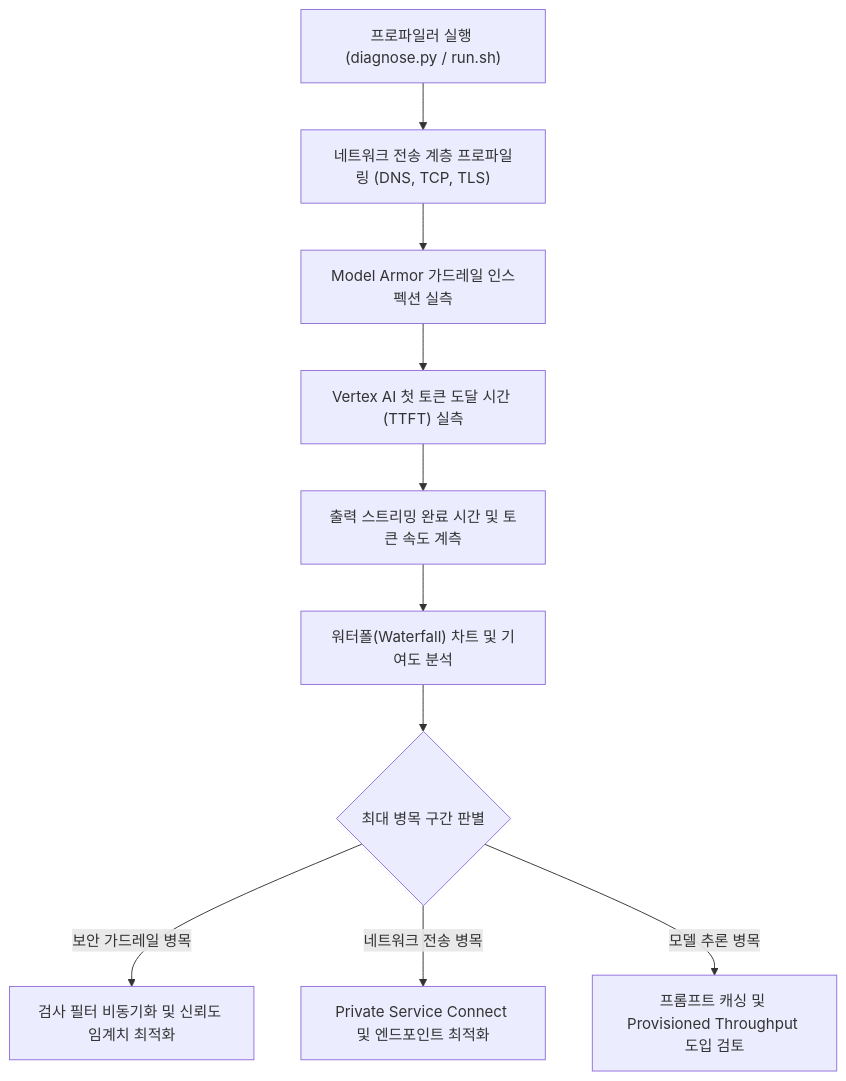
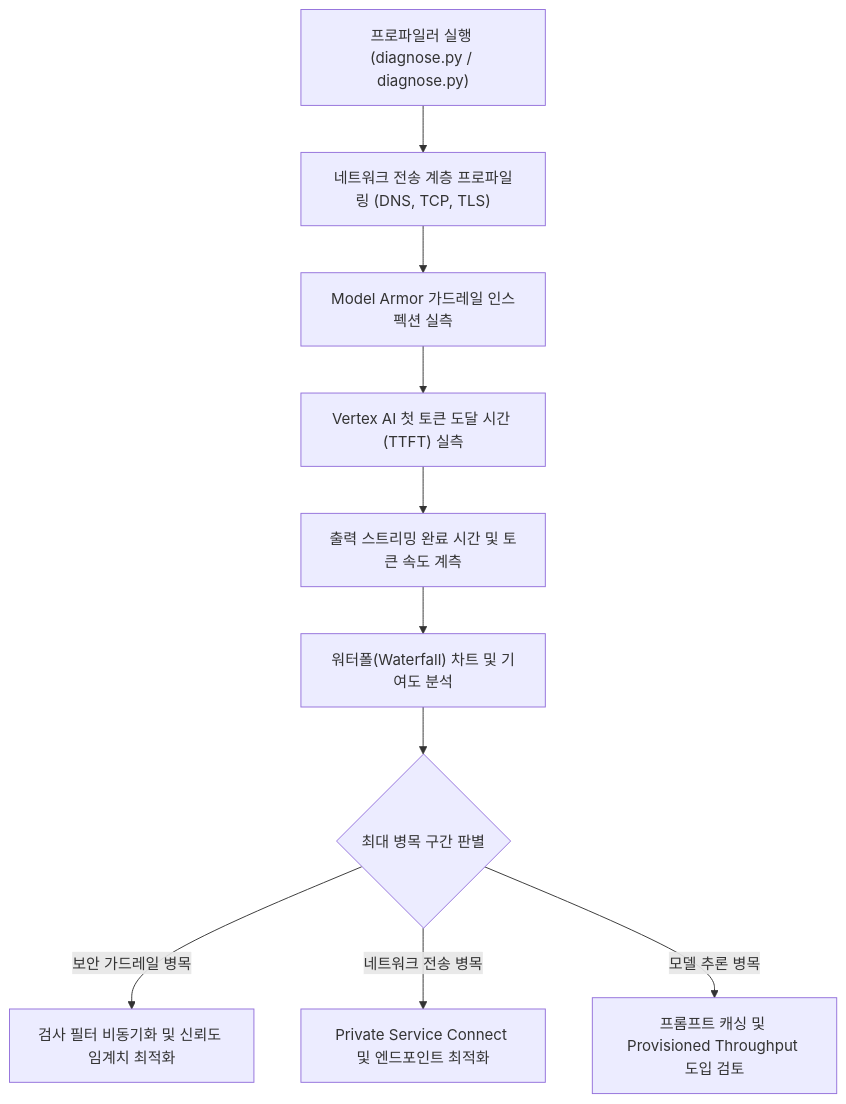
Before and after one commit to jiangjun-forge/google-cloud-0-to-1: the diagram in samples/gemini-enterprise-latency-profiler/README.md, drawn with Mermaid. The commit also changed other lines of this file and 180 other files, not shown here.

````diff
--- a/samples/gemini-enterprise-latency-profiler/README.md
+++ b/samples/gemini-enterprise-latency-profiler/README.md
@@ -39,12 +39,12 @@
 ```mermaid
 flowchart TD
-    A["프로파일러 실행 (diagnose.py / run.sh)"] --> B["네트워크 전송 계층 프로파일링 (DNS, TCP, TLS)"]
+    A["프로파일러 실행 (diagnose.py / diagnose.py)"] --> B["네트워크 전송 계층 프로파일링 (DNS, TCP, TLS)"]
     B --> C["Model Armor 가드레일 인스펙션 실측"]
     C --> D["Vertex AI 첫 토큰 도달 시간 (TTFT) 실측"]
     D --> E["출력 스트리밍 완료 시간 및 토큰 속도 계측"]
     E --> F["워터폴(Waterfall) 차트 및 기여도 분석"]
     F --> G{"최대 병목 구간 판별"}
     G -- "보안 가드레일 병목" --> H["검사 필터 비동기화 및 신뢰도 임계치 최적화"]
     G -- "네트워크 전송 병목" --> I["Private Service Connect 및 엔드포인트 최적화"]
     G -- "모델 추론 병목" --> J["프롬프트 캐싱 및 Provisioned Throughput 도입 검토"]
 ```
````
